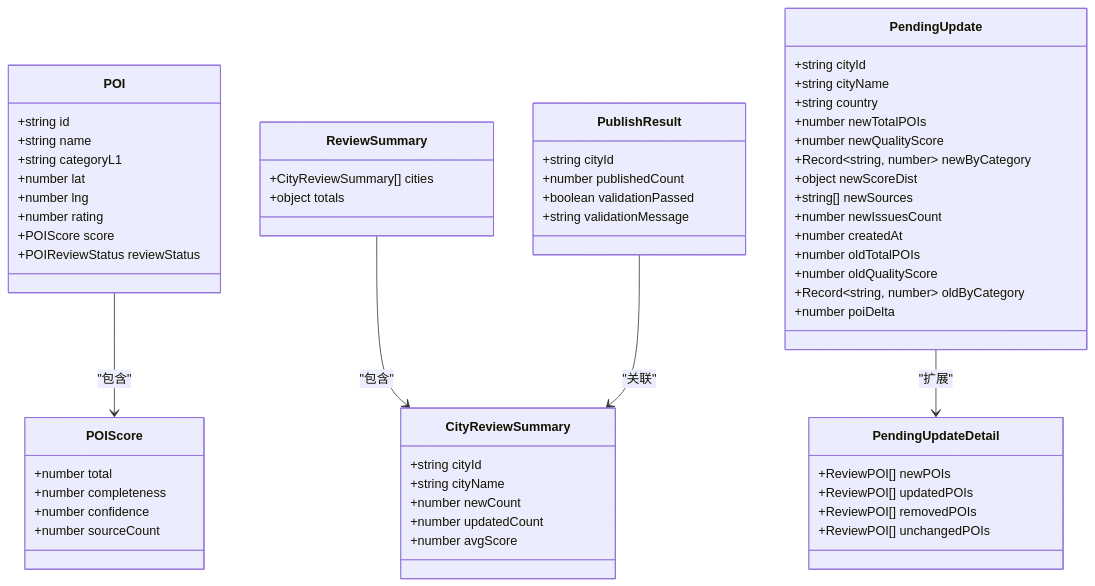
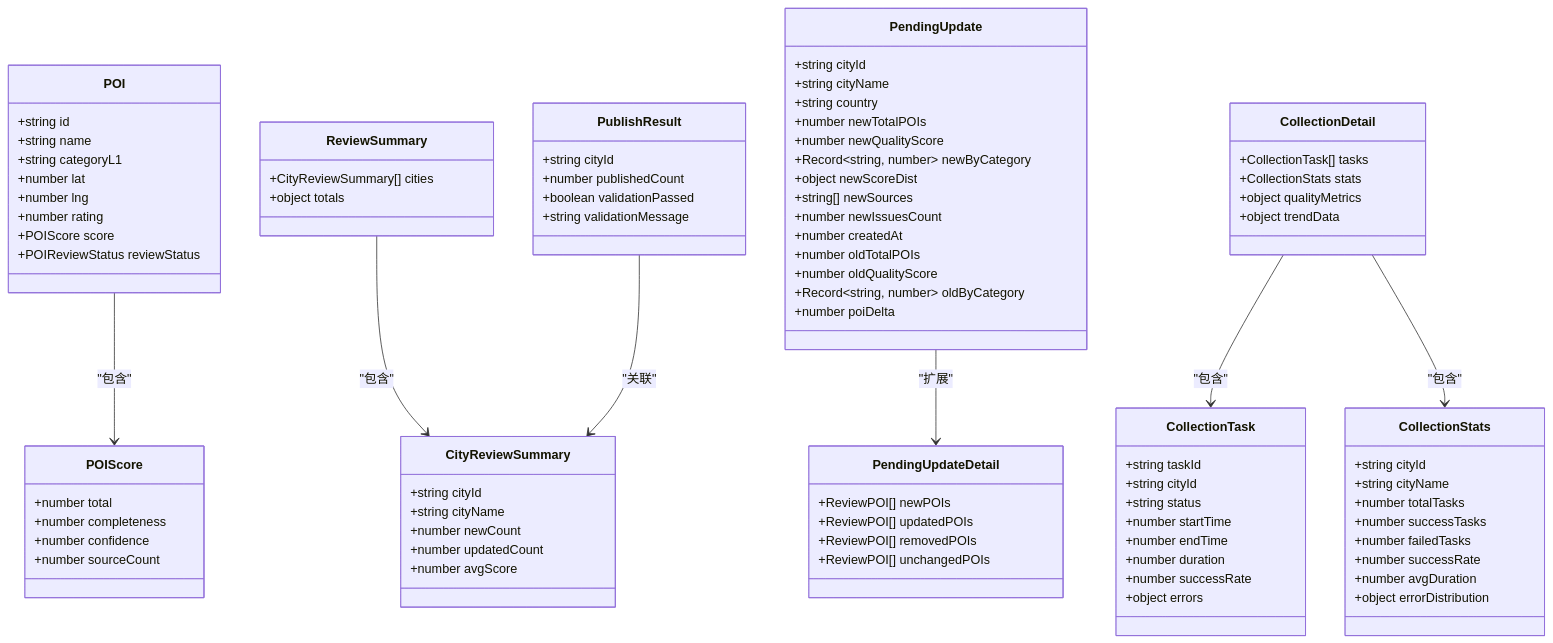
The tenth of 11 diagrams in .qoder/repowiki/zh/content/后台管理系统/后台管理系统.md (ititjjy/AITrip-plan), drawn with Mermaid before and after one commit. The commit also changed other lines of this file and 10 other files, not shown here.

````diff
--- a/.qoder/repowiki/zh/content/后台管理系统/后台管理系统.md
+++ b/.qoder/repowiki/zh/content/后台管理系统/后台管理系统.md
@@ -411,8 +502,36 @@
 +ReviewPOI[] removedPOIs
 +ReviewPOI[] unchangedPOIs
 }
+class CollectionTask {
++string taskId
++string cityId
++string status
++number startTime
++number endTime
++number duration
++number successRate
++object errors
+}
+class CollectionStats {
++string cityId
++string cityName
++number totalTasks
++number successTasks
++number failedTasks
++number successRate
++number avgDuration
++object errorDistribution
+}
+class CollectionDetail {
++CollectionTask[] tasks
++CollectionStats stats
++object qualityMetrics
++object trendData
+}
 POI --> POIScore : "包含"
 ReviewSummary --> CityReviewSummary : "包含"
 PublishResult --> CityReviewSummary : "关联"
 PendingUpdate --> PendingUpdateDetail : "扩展"
+CollectionDetail --> CollectionTask : "包含"
+CollectionDetail --> CollectionStats : "包含"
 ```
````
